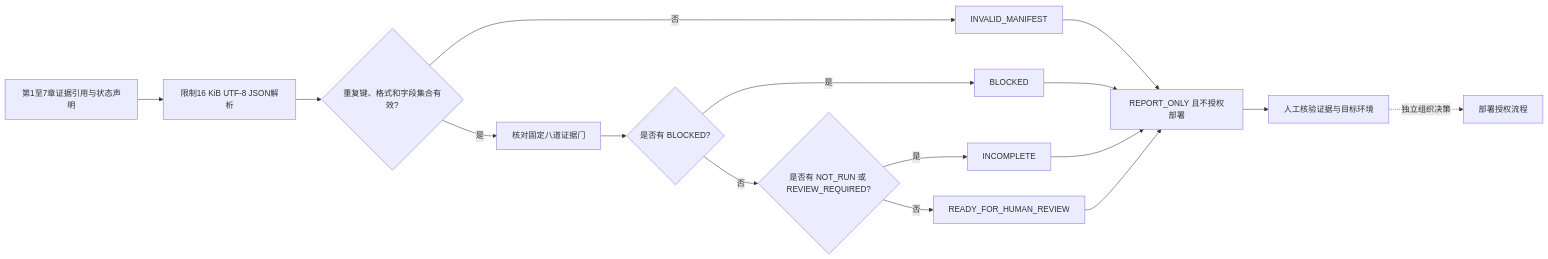
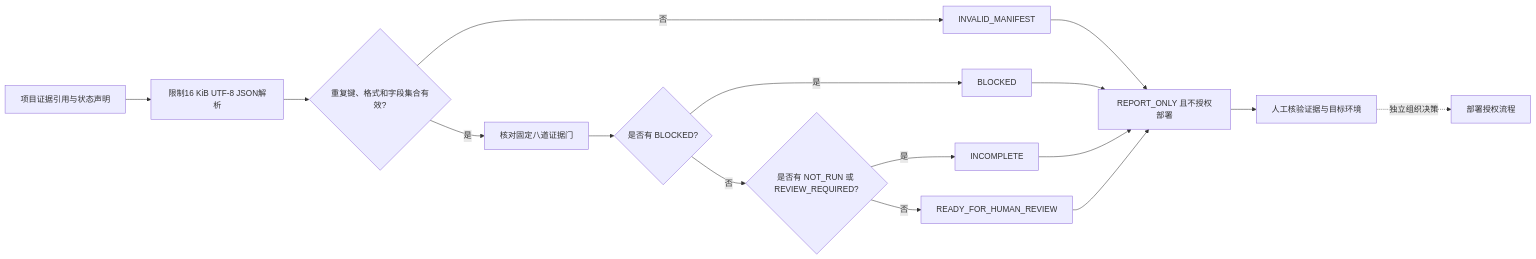
Before and after one commit to zhaojinping/arduino-uno-q-deep-development-learning-roadmap: the diagram in diagrams/uno-q-ai-readiness-evidence-gate.mmd, drawn with Mermaid. The commit also changed 40 other files, not shown here.

```diff
--- a/diagrams/uno-q-ai-readiness-evidence-gate.mmd
+++ b/diagrams/uno-q-ai-readiness-evidence-gate.mmd
@@ -1,16 +1,16 @@
 flowchart LR
-    A[第1至7章证据引用与状态声明] --> B[限制16 KiB UTF-8 JSON解析]
+    A[项目证据引用与状态声明] --> B[限制16 KiB UTF-8 JSON解析]
     B --> C{重复键、格式和字段集合有效?}
     C -- 否 --> X[INVALID_MANIFEST]
     C -- 是 --> D[核对固定八道证据门]
     D --> E{是否有 BLOCKED?}
     E -- 是 --> F[BLOCKED]
     E -- 否 --> G{是否有 NOT_RUN 或 REVIEW_REQUIRED?}
     G -- 是 --> H[INCOMPLETE]
     G -- 否 --> I[READY_FOR_HUMAN_REVIEW]
     X --> J[REPORT_ONLY 且不授权部署]
     F --> J
     H --> J
     I --> J
     J --> K[人工核验证据与目标环境]
     K -. 独立组织决策 .-> L[部署授权流程]
```
